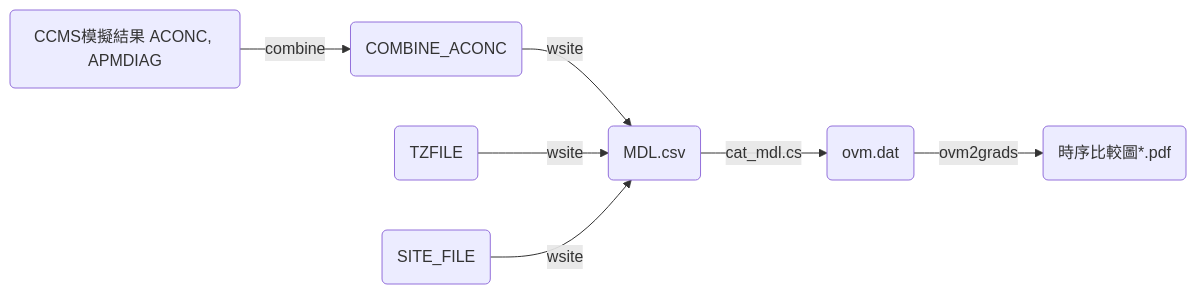
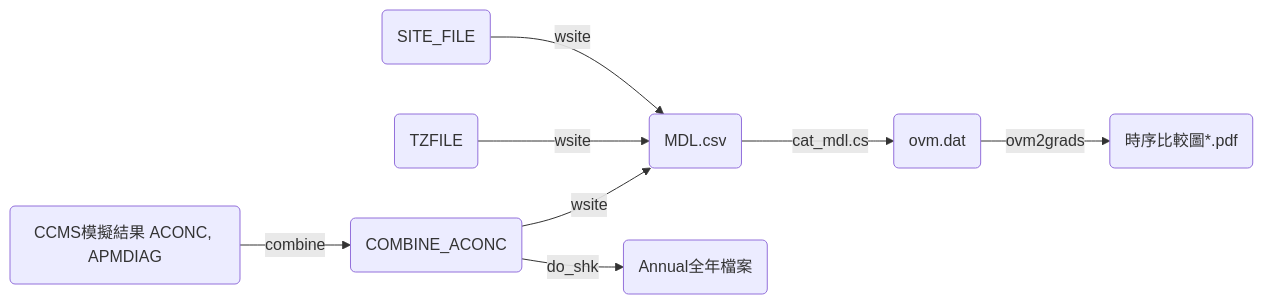
One commit to sinotec2/FAQ changed the diagram in _posts/2022-07-21-wsite.md. Above: the diagram before and after it, drawn with Mermaid. The commit also changed other lines of this file and 2 other files, not shown here.

````diff
--- a/_posts/2022-07-21-wsite.md
+++ b/_posts/2022-07-21-wsite.md
@@ -18,9 +18,10 @@
 ```mermaid
 graph LR
     A(CCMS模擬結果 ACONC, APMDIAG) -- combine --> B(COMBINE_ACONC)
     B(COMBINE_ACONC) -- wsite --> C(MDL.csv)
     D(TZFILE) -- wsite --> C(MDL.csv)
     E(SITE_FILE) -- wsite --> C(MDL.csv)
     C(MDL.csv) -- cat_mdl.cs --> F(ovm.dat, abi.txt)
     F(ovm.dat) -- ovm2grads --> G(時序比較圖*.pdf)
+    B(COMBINE_ACONC) -- do_shk --> H(Annual全年檔案)
 ```
````
